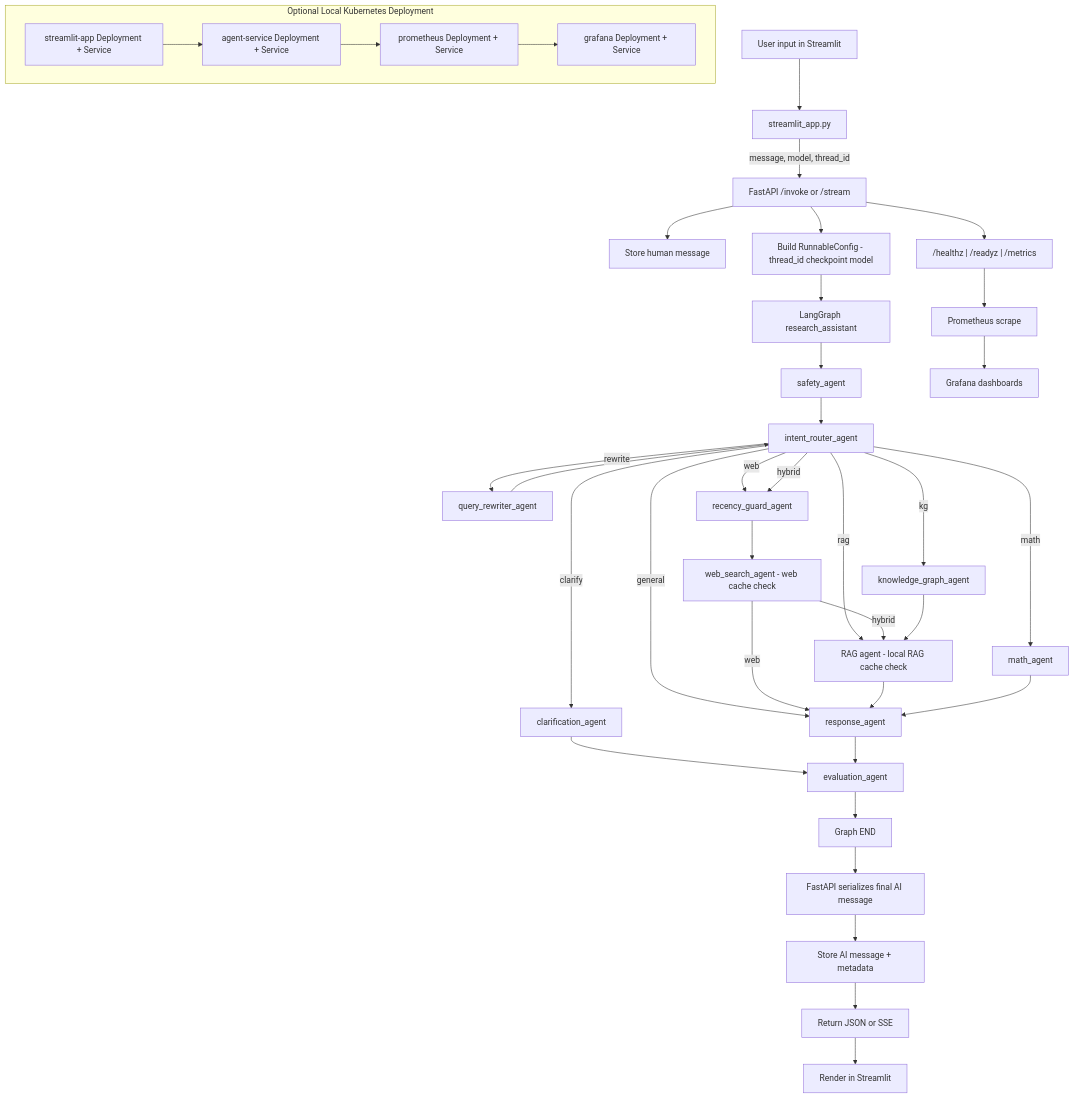
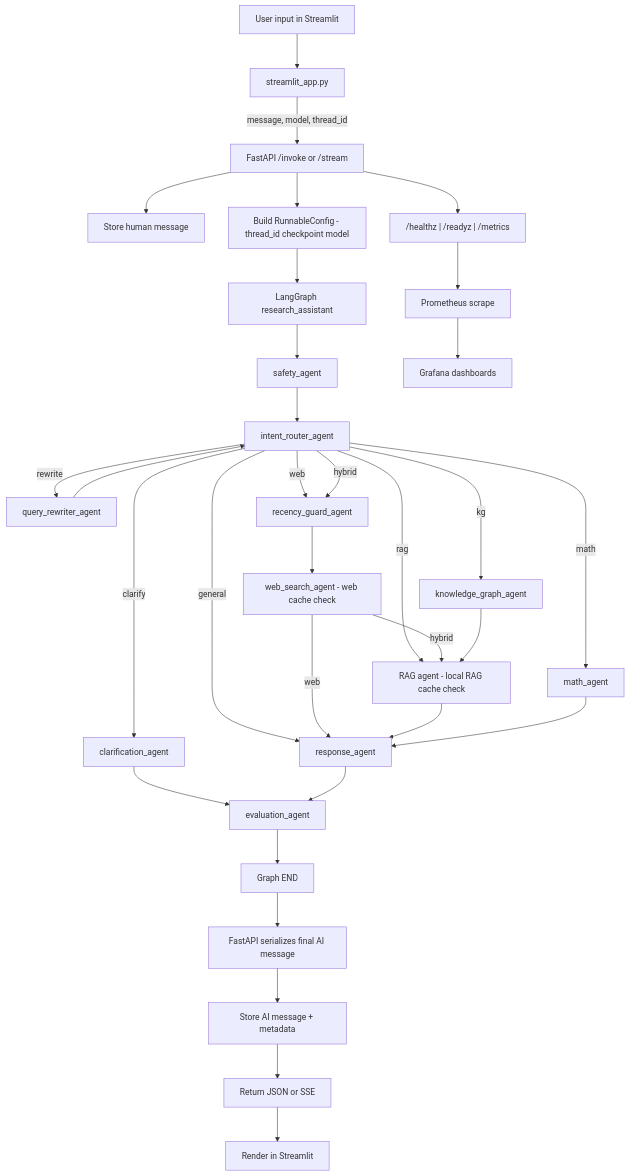
One commit to Theepankumargandhi/Multi-Agent-Orchestration changed the first of 2 diagrams in README.md. Above: the diagram before and after it, drawn with Mermaid. The commit also changed other lines of this file, not shown here.

Commit message:
Fix Mermaid architecture

````diff
--- a/README.md
+++ b/README.md
@@ -56,53 +58,44 @@
 ```mermaid
+%%{init: {"flowchart":{"nodeSpacing":45,"rankSpacing":65},"themeVariables":{"fontSize":"16px"}}}%%
 flowchart TD
     U[User input in Streamlit] --> ST[streamlit_app.py]
     ST -->|message, model, thread_id| API[FastAPI /invoke or /stream]
 
     API --> STOREH[Store human message]
     API --> CFG[Build RunnableConfig - thread_id checkpoint model]
     CFG --> LG[LangGraph research_assistant]
 
     LG --> SA[safety_agent]
     SA --> IR[intent_router_agent]
 
     IR -->|clarify| CA[clarification_agent]
     IR -->|rewrite| QR[query_rewriter_agent]
     QR --> IR
 
     IR -->|math| MA[math_agent]
     IR -->|web| RG[recency_guard_agent]
     IR -->|kg| KG[knowledge_graph_agent]
     IR -->|rag| RA[rag_agent]
     IR -->|hybrid| RG
     IR -->|general| RESP[response_agent]
 
     RG --> WS[web_search_agent - web cache check]
     WS -->|web| RESP
     WS -->|hybrid| RA
     KG --> RA
     RA[RAG agent - local RAG cache check] --> RESP
     MA --> RESP
 
     CA --> EVA[evaluation_agent]
     RESP --> EVA
     EVA --> END[Graph END]
 
     END --> APIOUT[FastAPI serializes final AI message]
     APIOUT --> STOREA[Store AI message + metadata]
     STOREA --> RET[Return JSON or SSE]
     RET --> UI[Render in Streamlit]
 
     API --> OPS["/healthz | /readyz | /metrics"]
     OPS --> PROM[Prometheus scrape]
     PROM --> GRAF[Grafana dashboards]
-
-    subgraph K8S[Optional Local Kubernetes Deployment]
-      KAGENT[agent-service Deployment + Service]
-      KUI[streamlit-app Deployment + Service]
-      KPROM[prometheus Deployment + Service]
-      KGRAF[grafana Deployment + Service]
-    end
-    KAGENT --> KPROM
-    KPROM --> KGRAF
-    KUI --> KAGENT
 ```
````
